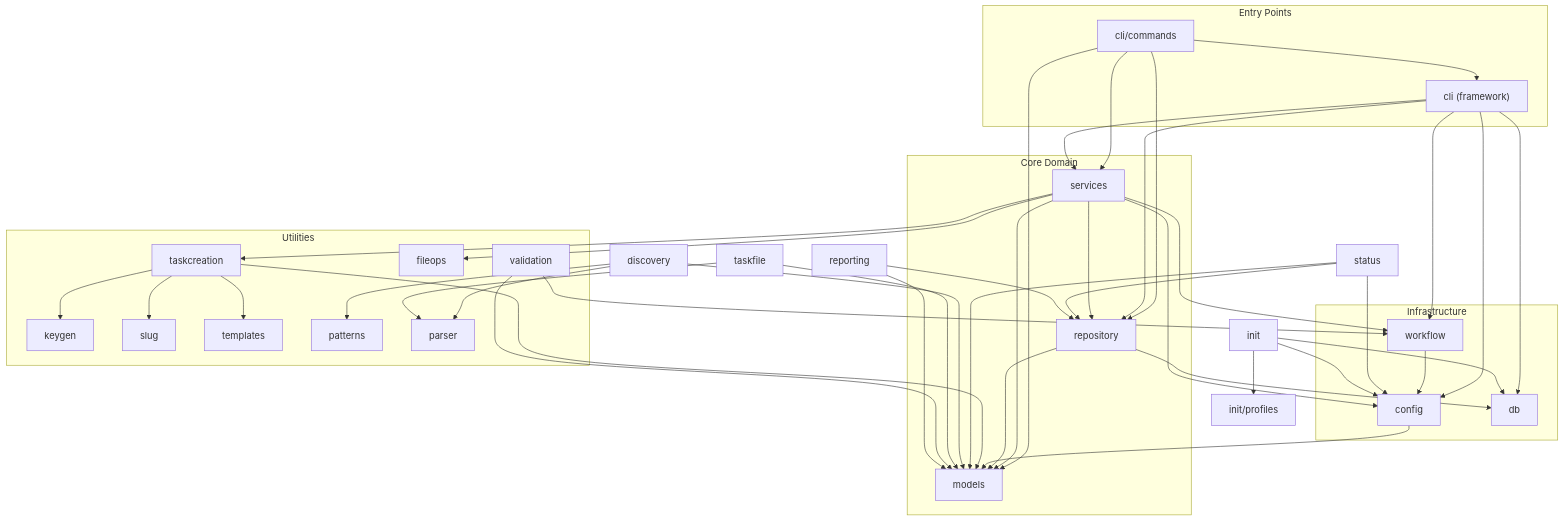
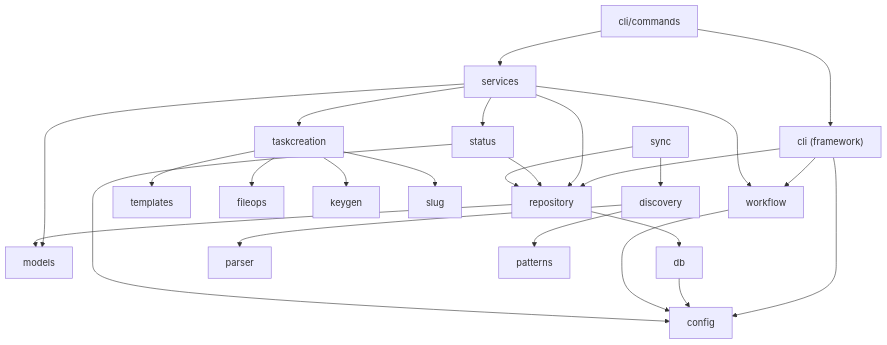
One commit to jwwelbor/shark-task-manager changed the diagram in brownfield-docs/architecture/dependencies.md. Above: the diagram before and after it, drawn with Mermaid. The commit also changed other lines of this file and 47 other files, not shown here.

````diff
--- a/brownfield-docs/architecture/dependencies.md
+++ b/brownfield-docs/architecture/dependencies.md
@@ -11,79 +9,27 @@
 ```mermaid
 graph TD
-    CLI["cli/commands"] --> CLI_FW["cli (framework)"]
-    CLI --> SVC["services"]
-    CLI --> MODELS["models"]
-    CLI --> REPO["repository"]
-    CLI_FW --> SVC
-    CLI_FW --> REPO
-    CLI_FW --> WF["workflow"]
-    CLI_FW --> CFG["config"]
-    CLI_FW --> DB["db"]
-
-    SVC --> MODELS
+    CLI["cli/commands"] --> SVC["services"]
+    CLI --> CLIFW["cli (framework)"]
+    CLIFW --> REPO["repository"]
+    CLIFW --> WF["workflow"]
+    CLIFW --> CFG["config"]
     SVC --> REPO
     SVC --> WF
-    SVC --> CFG
-    SVC --> TC["taskcreation"]
-    SVC --> FILEOPS["fileops"]
-
+    SVC --> MODELS["models"]
+    SVC --> CREATOR["taskcreation"]
+    SVC --> STATUS["status"]
+    REPO --> DB["db"]
     REPO --> MODELS
-    REPO --> DB
-
+    DB --> CFG
+    CREATOR --> TMPL["templates"]
+    CREATOR --> FOPS["fileops"]
+    CREATOR --> KEYGEN["keygen"]
+    CREATOR --> SLUG["slug"]
     WF --> CFG
-    CFG --> MODELS
-
-    TC --> MODELS
-    TC --> KEYGEN["keygen"]
-    TC --> SLUG["slug"]
-    TC --> TMPL["templates"]
-
-    STATUS["status"] --> MODELS
+    STATUS --> CFG
     STATUS --> REPO
-    STATUS --> CFG
-
-    INIT["init"] --> CFG
-    INIT --> DB
-    INIT --> PROFILES["init/profiles"]
-
-    DISC["discovery"] --> MODELS
+    DISC["discovery"] --> PARSER["parser"]
     DISC --> PATTERNS["patterns"]
-    DISC --> PARSER["parser"]
-
-    TASKFILE["taskfile"] --> MODELS
-    TASKFILE --> PARSER
-
-    VALID["validation"] --> MODELS
-    VALID --> WF
-
-    REPORT["reporting"] --> MODELS
-    REPORT --> REPO
-
-    subgraph "Core Domain"
-        MODELS
-        SVC
-        REPO
-    end
-
-    subgraph "Infrastructure"
-        DB
-        WF
-        CFG
-    end
-
-    subgraph "Entry Points"
-        CLI
-        CLI_FW
-    end
-
-    subgraph "Utilities"
-        TC
-        KEYGEN
-        SLUG
-        FILEOPS
-        TMPL
-        PARSER
-        PATTERNS
-        VALID
-    end
+    SYNC["sync"] --> DISC
+    SYNC --> REPO
 ```
````
